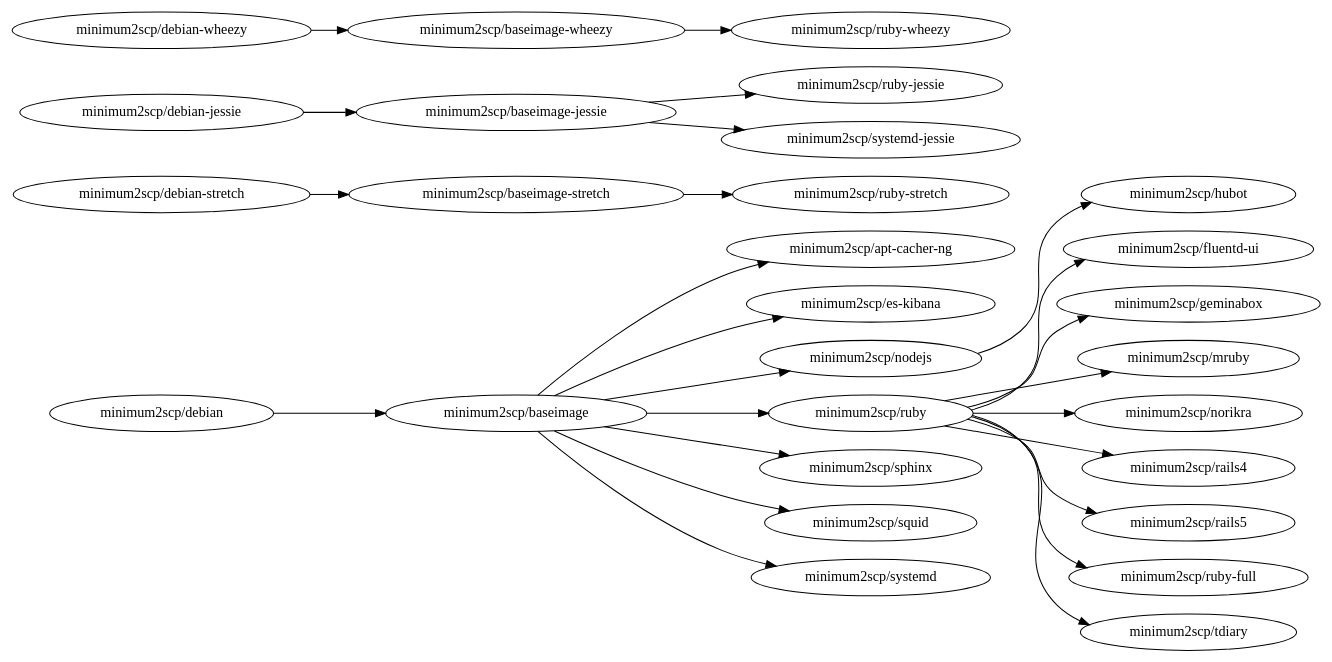
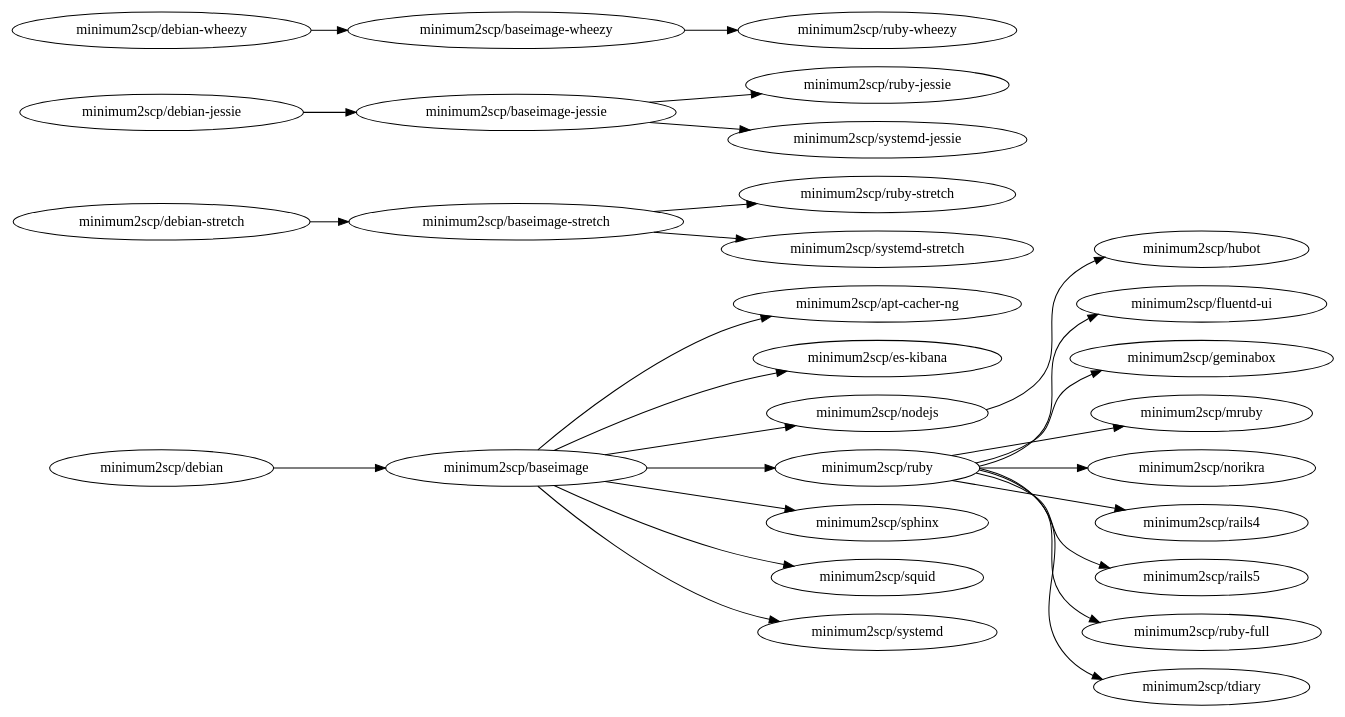
Before and after one commit to minimum2scp/dockerfiles: the diagram in deps.dot, drawn with Graphviz. The commit also changed 5 other files, not shown here.

Commit message:
Added systemd-stretch image

```diff
--- a/deps.dot
+++ b/deps.dot
@@ -1,48 +1,49 @@
 digraph deps {
   graph        [rankdir = "LR"];
   ratio = auto;
 
 
   acng              [label = "minimum2scp/apt-cacher-ng"];
   baseimage         [label = "minimum2scp/baseimage"];
   baseimage_stretch [label = "minimum2scp/baseimage-stretch"];
   baseimage_jessie  [label = "minimum2scp/baseimage-jessie"];
   baseimage_wheezy  [label = "minimum2scp/baseimage-wheezy"];
   debian            [label = "minimum2scp/debian"];
   debian_stretch    [label = "minimum2scp/debian-stretch"];
   debian_jessie     [label = "minimum2scp/debian-jessie"];
   debian_wheezy     [label = "minimum2scp/debian-wheezy"];
   es_kibana         [label = "minimum2scp/es-kibana"];
   fluentd_ui        [label = "minimum2scp/fluentd-ui"];
   geminabox         [label = "minimum2scp/geminabox"];
   hubot             [label = "minimum2scp/hubot"];
   mruby             [label = "minimum2scp/mruby"];
   nodejs            [label = "minimum2scp/nodejs"];
   norikra           [label = "minimum2scp/norikra"];
   rails4            [label = "minimum2scp/rails4"];
   rails5            [label = "minimum2scp/rails5"];
   ruby              [label = "minimum2scp/ruby"];
   ruby_full         [label = "minimum2scp/ruby-full"];
   ruby_stretch      [label = "minimum2scp/ruby-stretch"];
   ruby_jessie       [label = "minimum2scp/ruby-jessie"];
   ruby_wheezy       [label = "minimum2scp/ruby-wheezy"];
   sphinx            [label = "minimum2scp/sphinx"];
   squid             [label = "minimum2scp/squid"];
   systemd           [label = "minimum2scp/systemd"];
+  systemd_stretch   [label = "minimum2scp/systemd-stretch"];
   systemd_jessie    [label = "minimum2scp/systemd-jessie"];
   tdiary            [label = "minimum2scp/tdiary"];
 
   debian    -> baseimage;
   baseimage -> {acng, es_kibana, nodejs, ruby, sphinx, squid, systemd};
   ruby      -> {fluentd_ui, geminabox, mruby, norikra, rails4, rails5, ruby_full, tdiary};
   nodejs    -> {hubot};
 
   debian_stretch   -> baseimage_stretch;
-  baseimage_stretch -> ruby_stretch;
+  baseimage_stretch -> {systemd_stretch, ruby_stretch};
 
   debian_jessie    -> baseimage_jessie;
   baseimage_jessie -> {systemd_jessie, ruby_jessie};
 
   debian_wheezy    -> baseimage_wheezy;
   baseimage_wheezy -> ruby_wheezy;
 }
```
